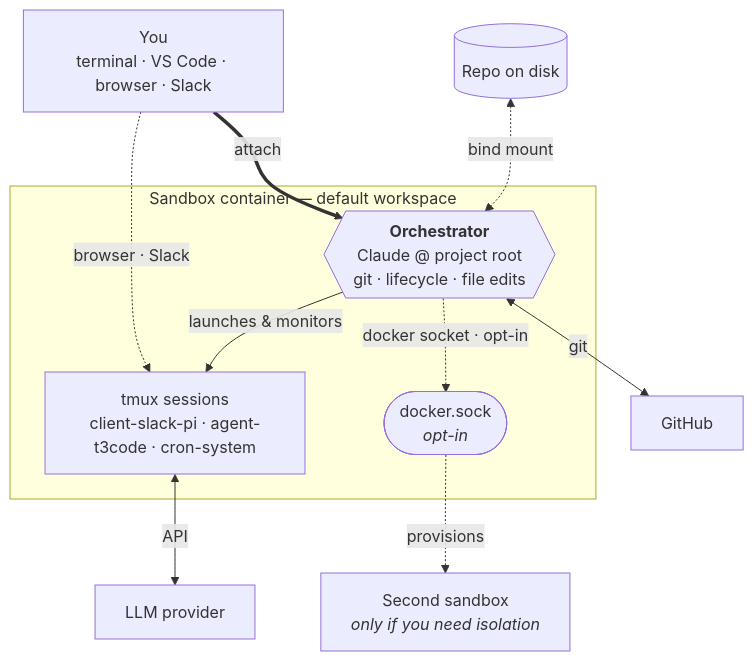
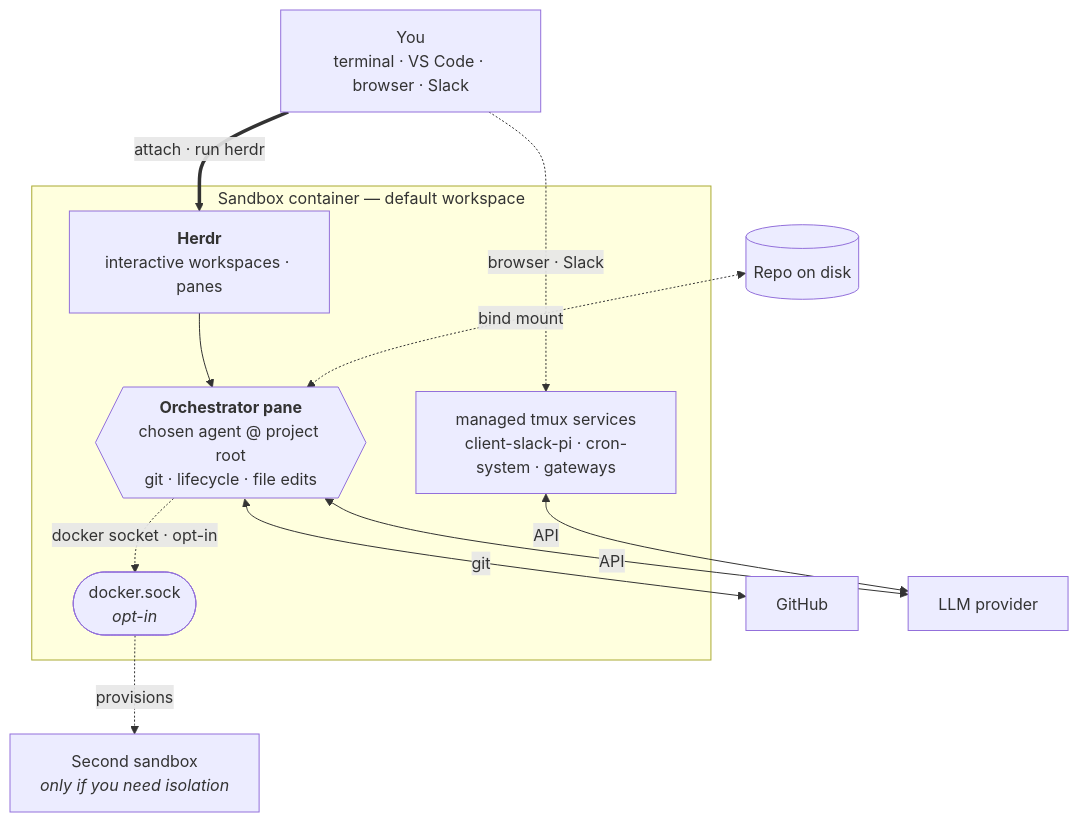
Before and after one commit to mifunedev/openharness: the diagram in .oh/docs/intro.md, drawn with Mermaid. The commit also changed other lines of this file and 2 other files, not shown here.

Commit message:
docs: make herdr primary in architecture

````diff
--- a/.oh/docs/intro.md
+++ b/.oh/docs/intro.md
@@ -31,24 +31,26 @@
 ```mermaid
 flowchart TB
     You["You<br/>terminal · VS Code · browser · Slack"]
     Repo[("Repo on disk")]
     GH["GitHub"]
     LLM["LLM provider"]
 
     subgraph sandbox["Sandbox container — default workspace"]
-        Orch{{"<b>Orchestrator</b><br/>Claude @ project root<br/>git · lifecycle · file edits"}}
-        Tmux["tmux sessions<br/>client-slack-pi · agent-t3code · cron-system"]
+        Herdr["<b>Herdr</b><br/>interactive workspaces · panes"]
+        Orch{{"<b>Orchestrator pane</b><br/>chosen agent @ project root<br/>git · lifecycle · file edits"}}
+        Tmux["managed tmux services<br/>client-slack-pi · cron-system · gateways"]
         Sock(["docker.sock<br/><i>opt-in</i>"])
     end
 
     Sb2["Second sandbox<br/><i>only if you need isolation</i>"]
 
-    You ==>|attach| Orch
+    You ==>|attach · run herdr| Herdr
+    Herdr --> Orch
     You -.->|browser · Slack| Tmux
     Repo <-.->|bind mount| Orch
-    Orch -->|launches & monitors| Tmux
     Orch <-->|git| GH
+    Orch <-->|API| LLM
     Tmux <-->|API| LLM
     Orch -.->|docker socket · opt-in| Sock
     Sock -.->|provisions| Sb2
 ```
````
